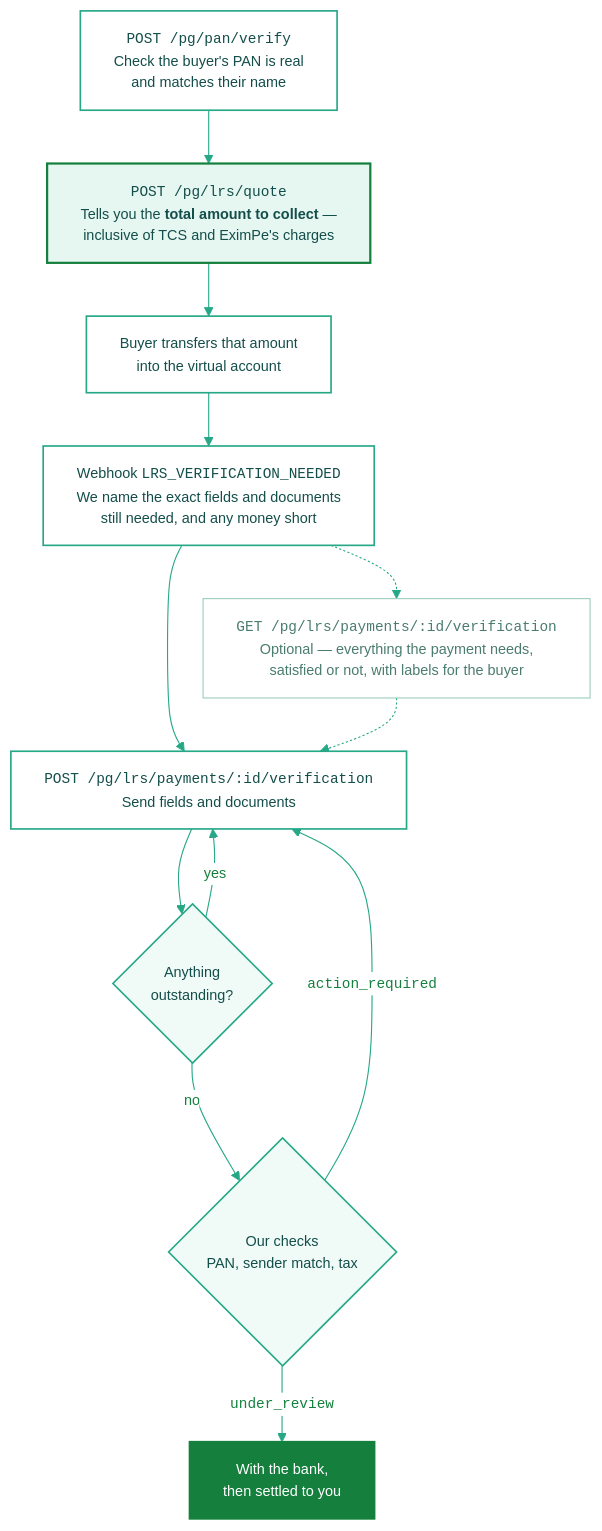
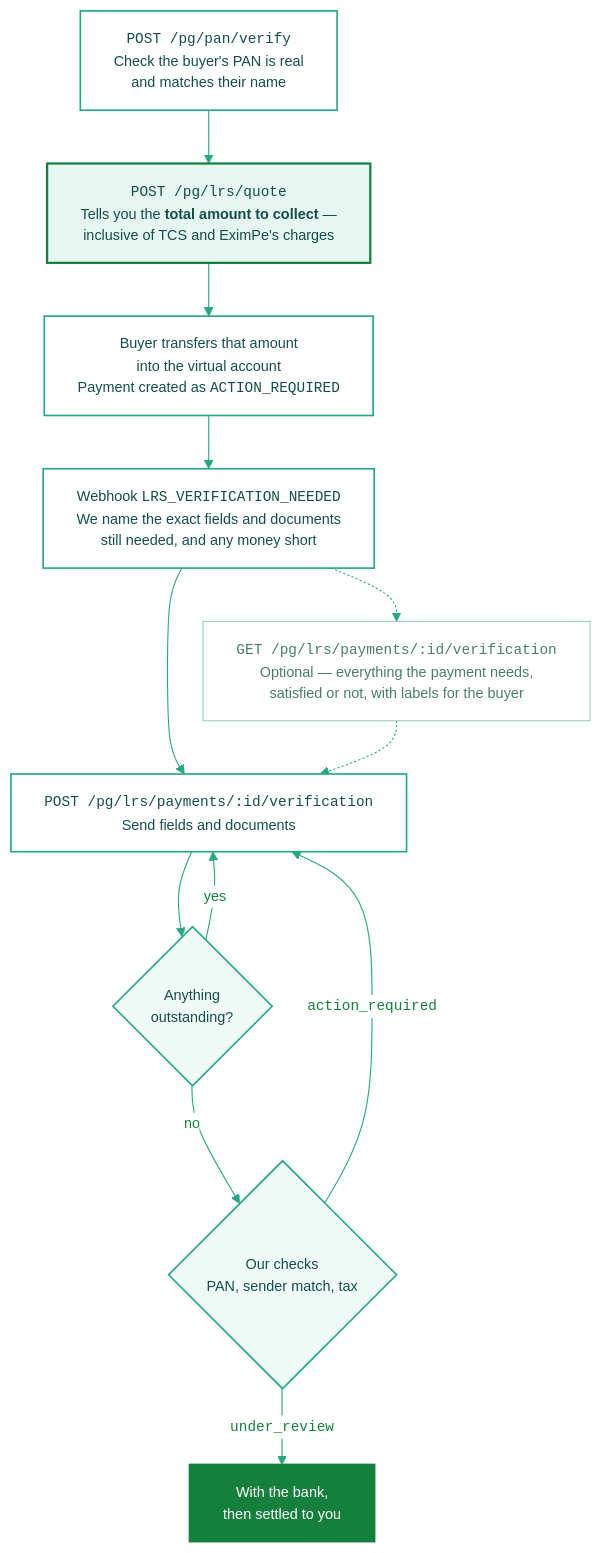
Before and after one commit to akhil-kumar-mg-mint/docs: the diagram in integration-guide/v3/web-integration/lrs-verification.mdx, drawn with Mermaid. The commit also changed other lines of this file, not shown here.

First line of the commit message:
docs(v3): say the payment lands in ACTION_REQUIRED

````diff
--- a/integration-guide/v3/web-integration/lrs-verification.mdx
+++ b/integration-guide/v3/web-integration/lrs-verification.mdx
@@ -20,47 +20,47 @@
 ```mermaid
 %%{init: {
   "theme": "base",
   "themeVariables": {
     "fontFamily": "ui-sans-serif, system-ui, -apple-system, sans-serif",
     "fontSize": "13px",
     "primaryColor": "#ffffff",
     "primaryTextColor": "#15803d",
     "primaryBorderColor": "#26a887",
     "lineColor": "#26a887",
     "tertiaryColor": "#ffffff",
     "edgeLabelBackground": "#ffffff"
   },
   "flowchart": { "curve": "basis", "htmlLabels": true, "wrappingWidth": 340, "nodeSpacing": 44, "rankSpacing": 48 }
 }}%%
 flowchart TD
     A["<code>POST /pg/pan/verify</code><br/>Check the buyer's PAN is real<br/>and matches their name"]
     B["<code>POST /pg/lrs/quote</code><br/>Tells you the <b>total amount to collect</b> —<br/>inclusive of TCS and EximPe's charges"]
-    C["Buyer transfers that amount<br/>into the virtual account"]
+    C["Buyer transfers that amount<br/>into the virtual account<br/>Payment created as <code>ACTION_REQUIRED</code>"]
     D["Webhook <code>LRS_VERIFICATION_NEEDED</code><br/>We name the exact fields and documents<br/>still needed, and any money short"]
     E["<code>POST /pg/lrs/payments/:id/verification</code><br/>Send fields and documents"]
     F{"Anything<br/>outstanding?"}
     G{"Our checks<br/>PAN, sender match, tax"}
     H["With the bank,<br/>then settled to you"]
     X["<code>GET /pg/lrs/payments/:id/verification</code><br/>Optional — everything the payment needs,<br/>satisfied or not, with labels for the buyer"]
 
     A --> B --> C --> D --> E --> F
     F -- "yes" --> E
     F -- "no" --> G
     G -- "<code>action_required</code>" --> E
     G -- "<code>under_review</code>" --> H
     D -.-> X
     X -.-> E
 
     classDef step fill:#ffffff,stroke:#26a887,stroke-width:1.5px,color:#134e4a
     classDef gate fill:#f0faf7,stroke:#26a887,stroke-width:1.5px,color:#134e4a
     classDef emphasis fill:#e6f6f1,stroke:#15803d,stroke-width:2px,color:#134e4a
     classDef done fill:#15803d,stroke:#15803d,stroke-width:2px,color:#ffffff
     classDef aside fill:#ffffff,stroke:#9ccdbf,stroke-width:1px,color:#4a7c6f
 
     class A,C,D,E step
     class B emphasis
     class F,G gate
     class H done
     class X aside
 
 ```
````
